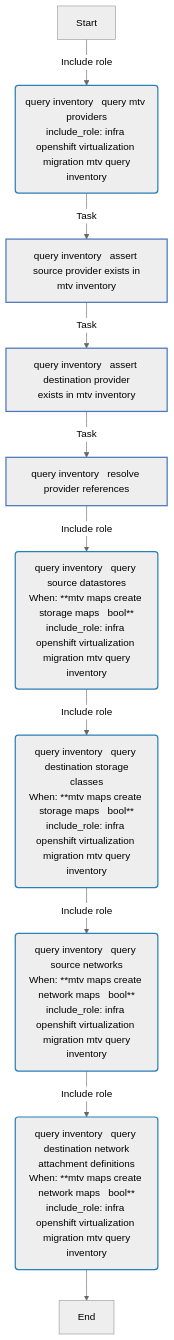
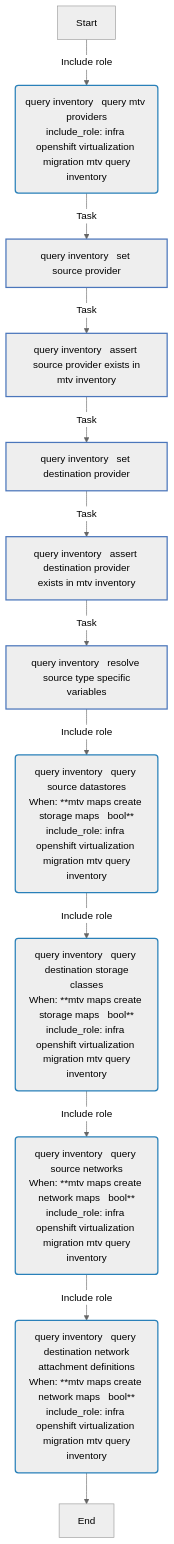
One commit to redhat-cop/openshift_virtualization_migration changed the sixth of 8 diagrams in roles/mtv_maps/README.md. Above: the diagram before and after it, drawn with Mermaid (neutral theme). The commit also changed other lines of this file and 9 other files, not shown here.

````diff
--- a/roles/mtv_maps/README.md
+++ b/roles/mtv_maps/README.md
@@ -437,22 +427,24 @@
 ```mermaid
 flowchart TD
 Start
 classDef block stroke:#3498db,stroke-width:2px;
 classDef task stroke:#4b76bb,stroke-width:2px;
 classDef includeTasks stroke:#16a085,stroke-width:2px;
 classDef importTasks stroke:#34495e,stroke-width:2px;
 classDef includeRole stroke:#2980b9,stroke-width:2px;
 classDef importRole stroke:#699ba7,stroke-width:2px;
 classDef includeVars stroke:#8e44ad,stroke-width:2px;
 classDef rescue stroke:#665352,stroke-width:2px;
 
   Start-->|Include role| query_inventory___Query_MTV_providers_infra_openshift_virtualization_migration_mtv_query_inventory_0(query inventory   query mtv providers<br>include_role: infra openshift virtualization migration mtv query<br>inventory):::includeRole
-  query_inventory___Query_MTV_providers_infra_openshift_virtualization_migration_mtv_query_inventory_0-->|Task| query_inventory___Assert_source_provider_exists_in_MTV_inventory1[query inventory   assert source provider exists in<br>mtv inventory]:::task
-  query_inventory___Assert_source_provider_exists_in_MTV_inventory1-->|Task| query_inventory___Assert_destination_provider_exists_in_MTV_inventory2[query inventory   assert destination provider<br>exists in mtv inventory]:::task
-  query_inventory___Assert_destination_provider_exists_in_MTV_inventory2-->|Task| query_inventory___Resolve_provider_references3[query inventory   resolve provider references]:::task
-  query_inventory___Resolve_provider_references3-->|Include role| query_inventory___Query_source_datastores_infra_openshift_virtualization_migration_mtv_query_inventory_4(query inventory   query source datastores<br>When: **mtv maps create storage maps   bool**<br>include_role: infra openshift virtualization migration mtv query<br>inventory):::includeRole
-  query_inventory___Query_source_datastores_infra_openshift_virtualization_migration_mtv_query_inventory_4-->|Include role| query_inventory___Query_destination_storage_classes_infra_openshift_virtualization_migration_mtv_query_inventory_5(query inventory   query destination storage<br>classes<br>When: **mtv maps create storage maps   bool**<br>include_role: infra openshift virtualization migration mtv query<br>inventory):::includeRole
-  query_inventory___Query_destination_storage_classes_infra_openshift_virtualization_migration_mtv_query_inventory_5-->|Include role| query_inventory___Query_source_networks_infra_openshift_virtualization_migration_mtv_query_inventory_6(query inventory   query source networks<br>When: **mtv maps create network maps   bool**<br>include_role: infra openshift virtualization migration mtv query<br>inventory):::includeRole
-  query_inventory___Query_source_networks_infra_openshift_virtualization_migration_mtv_query_inventory_6-->|Include role| query_inventory___Query_destination_network_attachment_definitions_infra_openshift_virtualization_migration_mtv_query_inventory_7(query inventory   query destination network<br>attachment definitions<br>When: **mtv maps create network maps   bool**<br>include_role: infra openshift virtualization migration mtv query<br>inventory):::includeRole
-  query_inventory___Query_destination_network_attachment_definitions_infra_openshift_virtualization_migration_mtv_query_inventory_7-->End
+  query_inventory___Query_MTV_providers_infra_openshift_virtualization_migration_mtv_query_inventory_0-->|Task| query_inventory___Set_source_provider1[query inventory   set source provider]:::task
+  query_inventory___Set_source_provider1-->|Task| query_inventory___Assert_source_provider_exists_in_MTV_inventory2[query inventory   assert source provider exists in<br>mtv inventory]:::task
+  query_inventory___Assert_source_provider_exists_in_MTV_inventory2-->|Task| query_inventory___Set_destination_provider3[query inventory   set destination provider]:::task
+  query_inventory___Set_destination_provider3-->|Task| query_inventory___Assert_destination_provider_exists_in_MTV_inventory4[query inventory   assert destination provider<br>exists in mtv inventory]:::task
+  query_inventory___Assert_destination_provider_exists_in_MTV_inventory4-->|Task| query_inventory___Resolve_source_type_specific_variables5[query inventory   resolve source type specific<br>variables]:::task
+  query_inventory___Resolve_source_type_specific_variables5-->|Include role| query_inventory___Query_source_datastores_infra_openshift_virtualization_migration_mtv_query_inventory_6(query inventory   query source datastores<br>When: **mtv maps create storage maps   bool**<br>include_role: infra openshift virtualization migration mtv query<br>inventory):::includeRole
+  query_inventory___Query_source_datastores_infra_openshift_virtualization_migration_mtv_query_inventory_6-->|Include role| query_inventory___Query_destination_storage_classes_infra_openshift_virtualization_migration_mtv_query_inventory_7(query inventory   query destination storage<br>classes<br>When: **mtv maps create storage maps   bool**<br>include_role: infra openshift virtualization migration mtv query<br>inventory):::includeRole
+  query_inventory___Query_destination_storage_classes_infra_openshift_virtualization_migration_mtv_query_inventory_7-->|Include role| query_inventory___Query_source_networks_infra_openshift_virtualization_migration_mtv_query_inventory_8(query inventory   query source networks<br>When: **mtv maps create network maps   bool**<br>include_role: infra openshift virtualization migration mtv query<br>inventory):::includeRole
+  query_inventory___Query_source_networks_infra_openshift_virtualization_migration_mtv_query_inventory_8-->|Include role| query_inventory___Query_destination_network_attachment_definitions_infra_openshift_virtualization_migration_mtv_query_inventory_9(query inventory   query destination network<br>attachment definitions<br>When: **mtv maps create network maps   bool**<br>include_role: infra openshift virtualization migration mtv query<br>inventory):::includeRole
+  query_inventory___Query_destination_network_attachment_definitions_infra_openshift_virtualization_migration_mtv_query_inventory_9-->End
 ```
````
